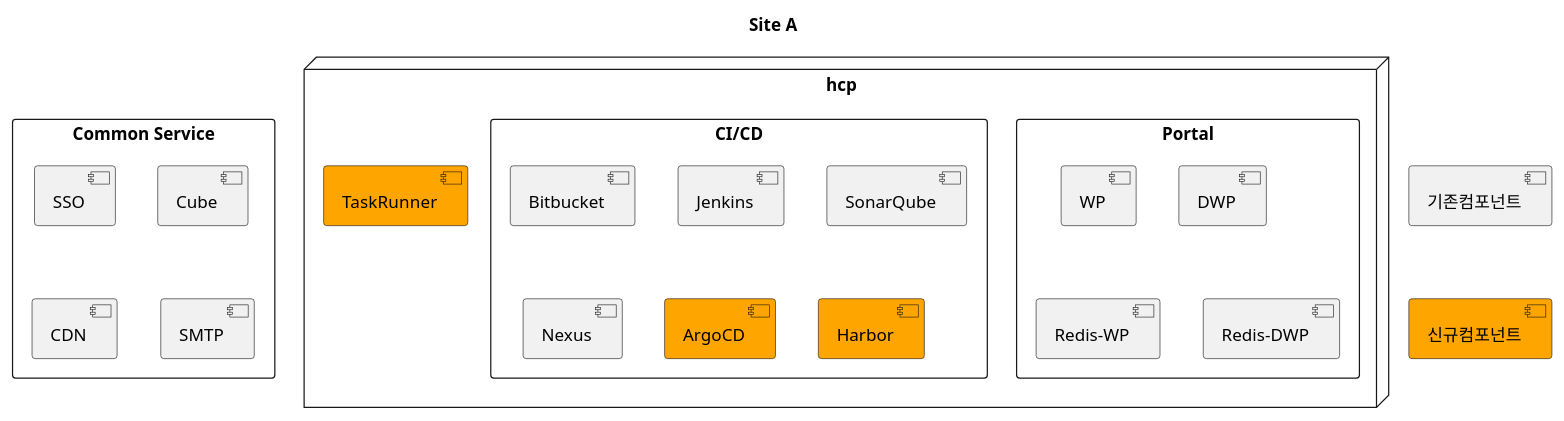
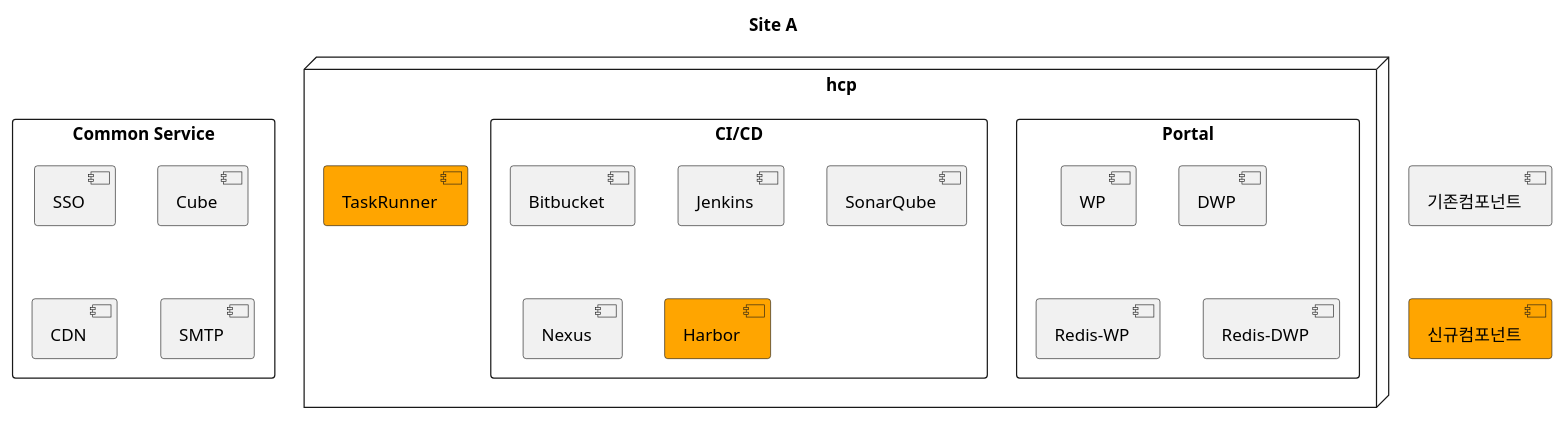
One commit to kloudbank/htdp1.github.io changed the first of 5 diagrams in docs/src/multi-cloud/diagram.md. Above: the diagram before and after it, drawn with PlantUML.

Commit message:
add multicloud

```diff
--- a/docs/src/multi-cloud/diagram.md
+++ b/docs/src/multi-cloud/diagram.md
@@ -2,32 +2,31 @@
 @startuml
 
 title "Site A"
 
 [기존컴포넌트] as old
 [신규컴포넌트] as new #orange
 old -[hidden]d-> new
 
 rectangle "Common Service" as a_comm {
     [SSO] as a_comm_sso
     [Cube] as a_comm_cube
     [CDN] as a_comm_cnd
     [SMTP] as a_comm_smtp
 }
 node "hcp" as hcp {
     rectangle "Portal" as a_portal {
         [WP] as hcp_portal_wp
         [DWP] as hcp_portal_dwp
         [Redis-WP] as hcp_portal_rediswp
         [Redis-DWP] as hcp_portal_redisdwp
     }
     rectangle "CI/CD" as hcp_cicd {
         [Bitbucket] as hcp_cicd_bitbucket
         [Jenkins] as hcp_cicd_jenkins
         [SonarQube] as hcp_cicd_sonarqube
         [Nexus] as hcp_cicd_nexus
-        [ArgoCD] as hcp_cicd_argocd #orange
         [Harbor] as hcp_cicd_harbor #orange
     }
     [TaskRunner] as hcp_cicd_taskrunner #orange
 }
 @enduml
```
